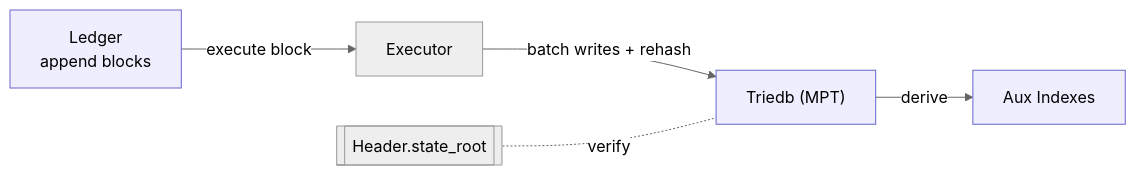
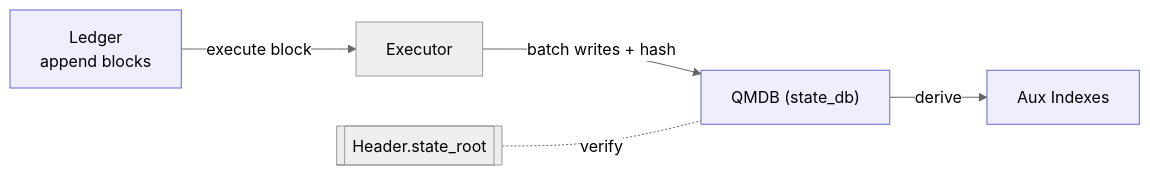
Before and after one commit to shawhanken/refs: the diagram in cips/cip-4-storage.md, drawn with Mermaid (neutral theme). The commit also changed other lines of this file and 13 other files, not shown here.

````diff
--- a/cips/cip-4-storage.md
+++ b/cips/cip-4-storage.md
@@ -59,9 +58,9 @@
 ```mermaid
 flowchart LR
   L["Ledger\nappend blocks"] -->|execute block| X[Executor]
-  X -->|"batch writes + rehash"| T["Triedb (MPT)"]
+  X -->|"batch writes + hash"| T["QMDB (state_db)"]
   T -->|derive| A["Aux Indexes"]
   H[["Header.state_root"]] -. verify .- T
   classDef store fill:#eef,stroke:#66c;
   class L,T,A store;
 ```
````
